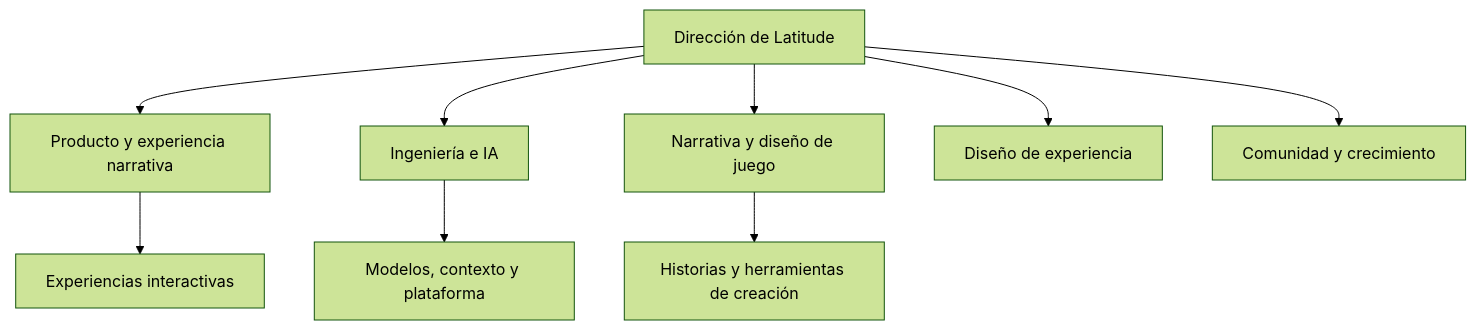
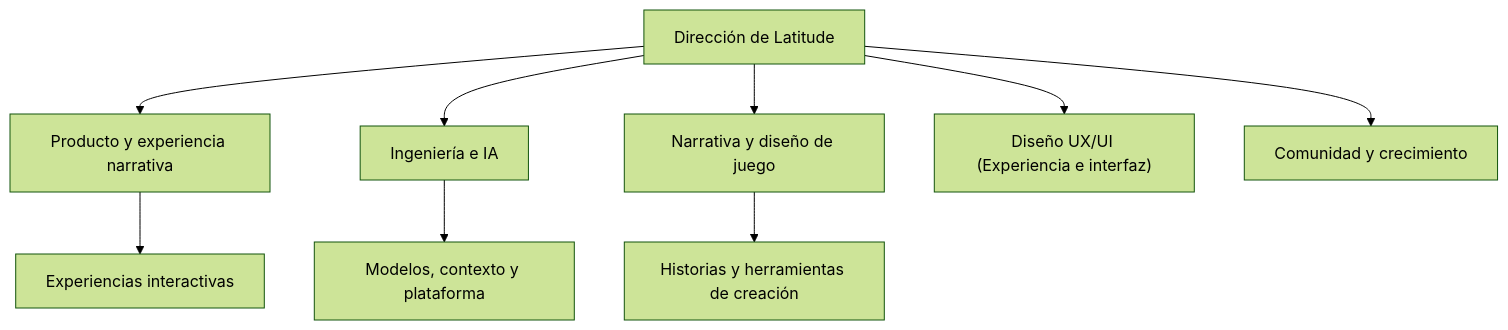
The third of 4 diagrams in pitch-and-market.md (LastraMigue/FINAL-PROJECT), drawn with Mermaid (forest theme) before and after one commit. The commit also changed other lines of this file and 1 other file, not shown here.

````diff
--- a/pitch-and-market.md
+++ b/pitch-and-market.md
@@ -126,11 +143,11 @@
 ```mermaid
 flowchart TD
     L[Dirección de Latitude] --> PR[Producto y experiencia narrativa]
     L --> IA[Ingeniería e IA]
     L --> ND[Narrativa y diseño de juego]
-    L --> UX[Diseño de experiencia]
+    L --> UX["Diseño UX/UI (Experiencia e interfaz)"]
     L --> CC[Comunidad y crecimiento]
     PR --> EX[Experiencias interactivas]
     IA --> MO[Modelos, contexto y plataforma]
     ND --> HI[Historias y herramientas de creación]
 ```
````
